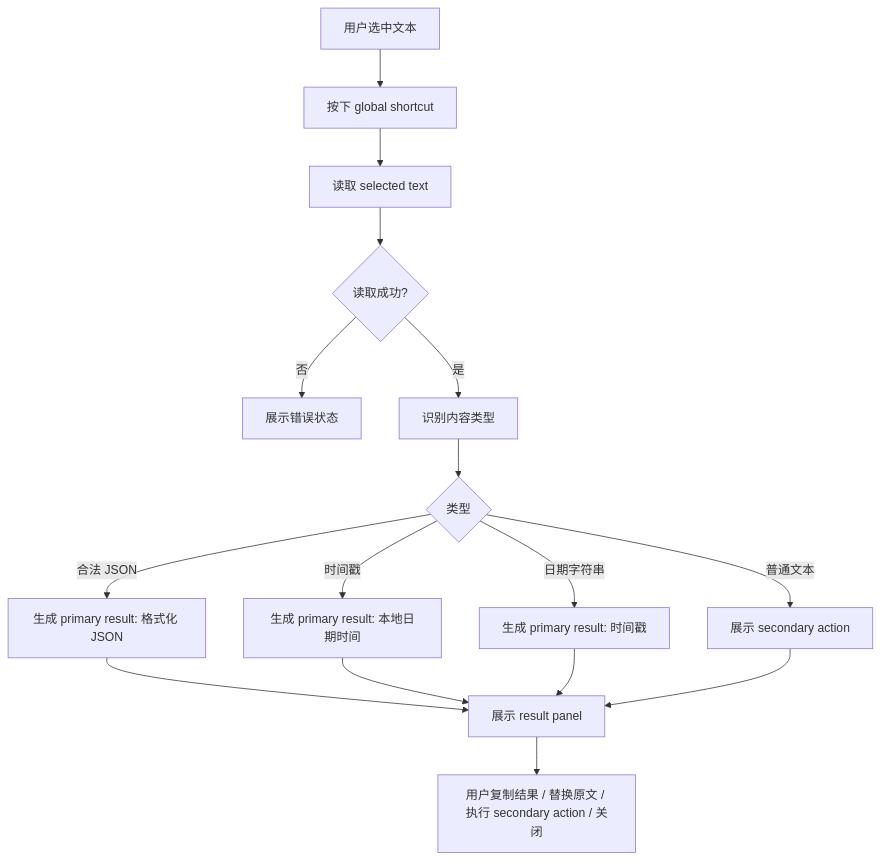
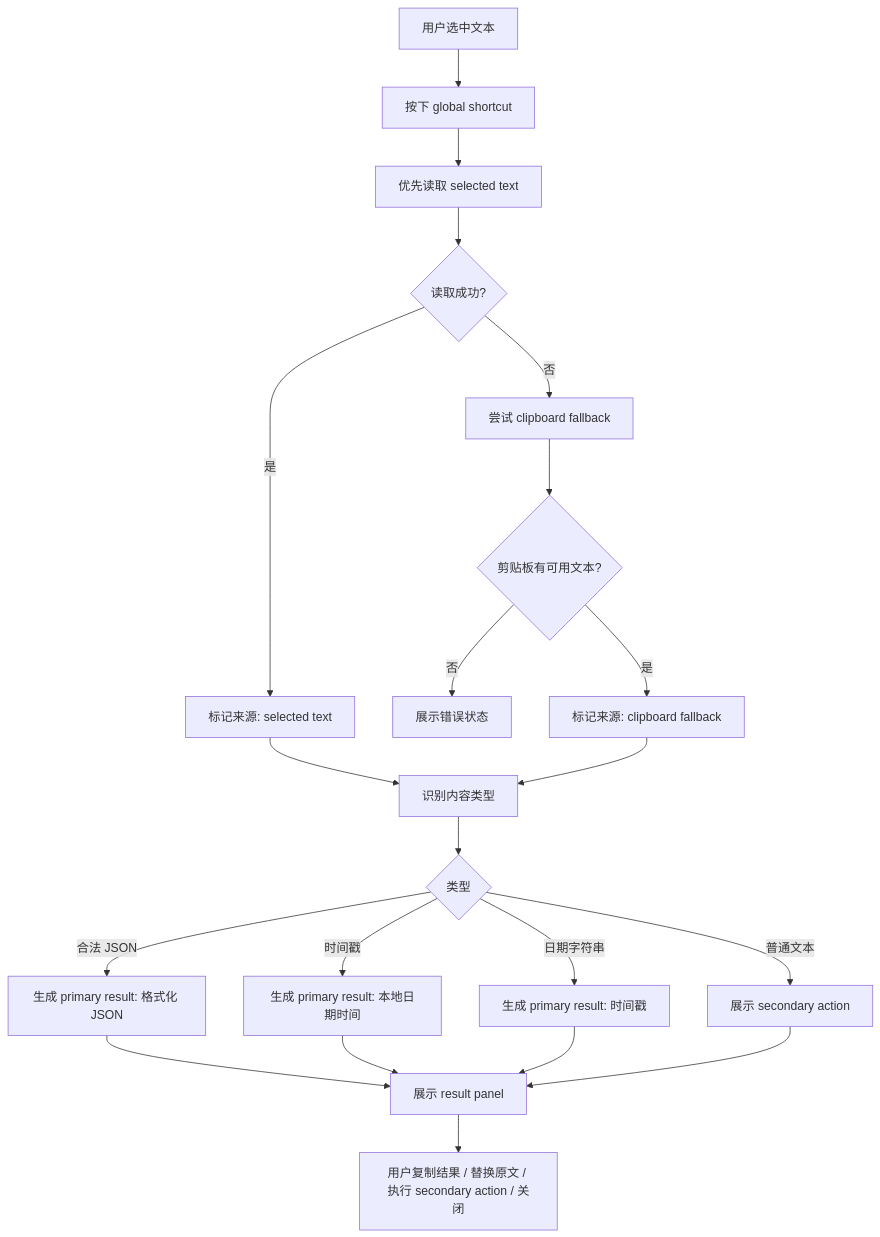
The first of 6 diagrams in docs/interaction/mac-text-actions-interaction-flow.md (SaneHe/mac-tools), drawn with Mermaid before and after one commit. The commit also changed other lines of this file and 13 other files, not shown here.

````diff
--- a/docs/interaction/mac-text-actions-interaction-flow.md
+++ b/docs/interaction/mac-text-actions-interaction-flow.md
@@ -4,18 +4,23 @@
 ```mermaid
 flowchart TD
     A["用户选中文本"] --> B["按下 global shortcut"]
-    B --> C["读取 selected text"]
+    B --> C["优先读取 selected text"]
     C --> D{"读取成功?"}
-    D -- "否" --> E["展示错误状态"]
-    D -- "是" --> F["识别内容类型"]
-    F --> G{"类型"}
-    G -- "合法 JSON" --> H["生成 primary result: 格式化 JSON"]
-    G -- "时间戳" --> I["生成 primary result: 本地日期时间"]
-    G -- "日期字符串" --> J["生成 primary result: 时间戳"]
-    G -- "普通文本" --> K["展示 secondary action"]
-    H --> L["展示 result panel"]
-    I --> L
-    J --> L
-    K --> L
-    L --> M["用户复制结果 / 替换原文 / 执行 secondary action / 关闭"]
+    D -- "是" --> E["标记来源: selected text"]
+    D -- "否" --> F["尝试 clipboard fallback"]
+    F --> G{"剪贴板有可用文本?"}
+    G -- "否" --> H["展示错误状态"]
+    G -- "是" --> I["标记来源: clipboard fallback"]
+    E --> J["识别内容类型"]
+    I --> J
+    J --> K{"类型"}
+    K -- "合法 JSON" --> L["生成 primary result: 格式化 JSON"]
+    K -- "时间戳" --> M["生成 primary result: 本地日期时间"]
+    K -- "日期字符串" --> N["生成 primary result: 时间戳"]
+    K -- "普通文本" --> O["展示 secondary action"]
+    L --> P["展示 result panel"]
+    M --> P
+    N --> P
+    O --> P
+    P --> Q["用户复制结果 / 替换原文 / 执行 secondary action / 关闭"]
 ```
````
